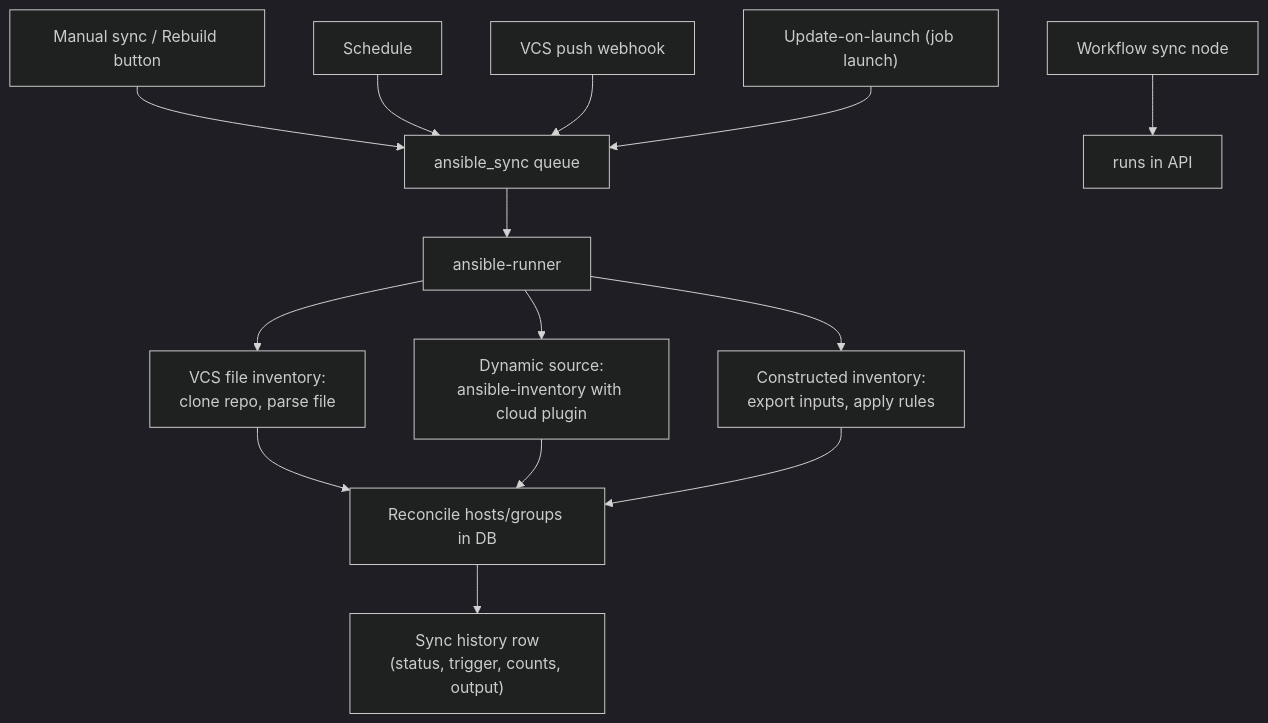
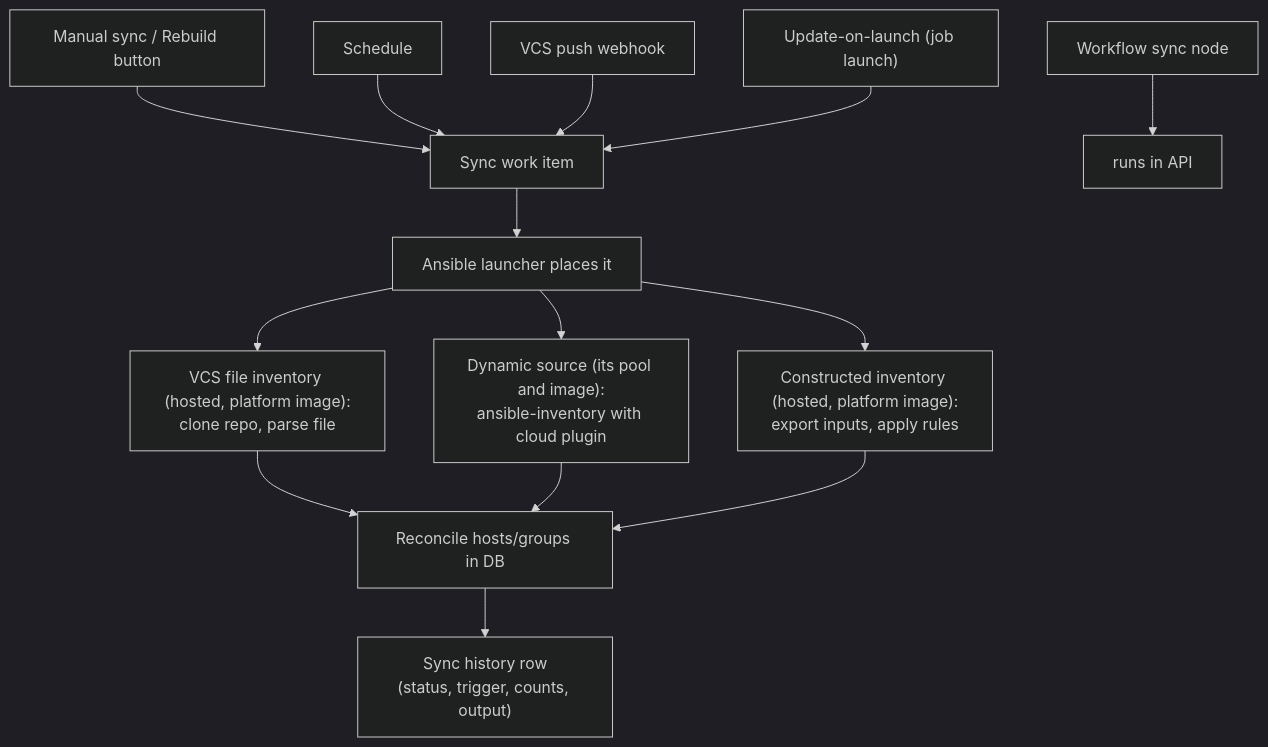
One commit to vhco-pro/stackweaver-frontend changed the fourth of 7 diagrams in docs/features/ansible/execution-flows.md. Above: the diagram before and after it, drawn with Mermaid (dark theme). The commit also changed other lines of this file and 118 other files, not shown here.

````diff
--- a/docs/features/ansible/execution-flows.md
+++ b/docs/features/ansible/execution-flows.md
@@ -353,16 +341,16 @@
 ```mermaid
 flowchart TD
-    T1["Manual sync / Rebuild button"] --> Q["ansible_sync queue"]
+    T1["Manual sync / Rebuild button"] --> Q["Sync work item"]
     T2["Schedule"] --> Q
     T3["VCS push webhook"] --> Q
     T4["Update-on-launch (job launch)"] --> Q
     T5["Workflow sync node"] --> ENG["runs in API"]
-    Q --> R["ansible-runner"]
-    R --> B1["VCS file inventory:<br/>clone repo, parse file"]
-    R --> B2["Dynamic source:<br/>ansible-inventory with cloud plugin"]
-    R --> B3["Constructed inventory:<br/>export inputs, apply rules"]
+    Q --> R["Ansible launcher places it"]
+    R --> B1["VCS file inventory (hosted, platform image):<br/>clone repo, parse file"]
+    R --> B2["Dynamic source (its pool and image):<br/>ansible-inventory with cloud plugin"]
+    R --> B3["Constructed inventory (hosted, platform image):<br/>export inputs, apply rules"]
     B1 --> REC["Reconcile hosts/groups in DB"]
     B2 --> REC
     B3 --> REC
     REC --> HIST["Sync history row<br/>(status, trigger, counts, output)"]
 ```
````
